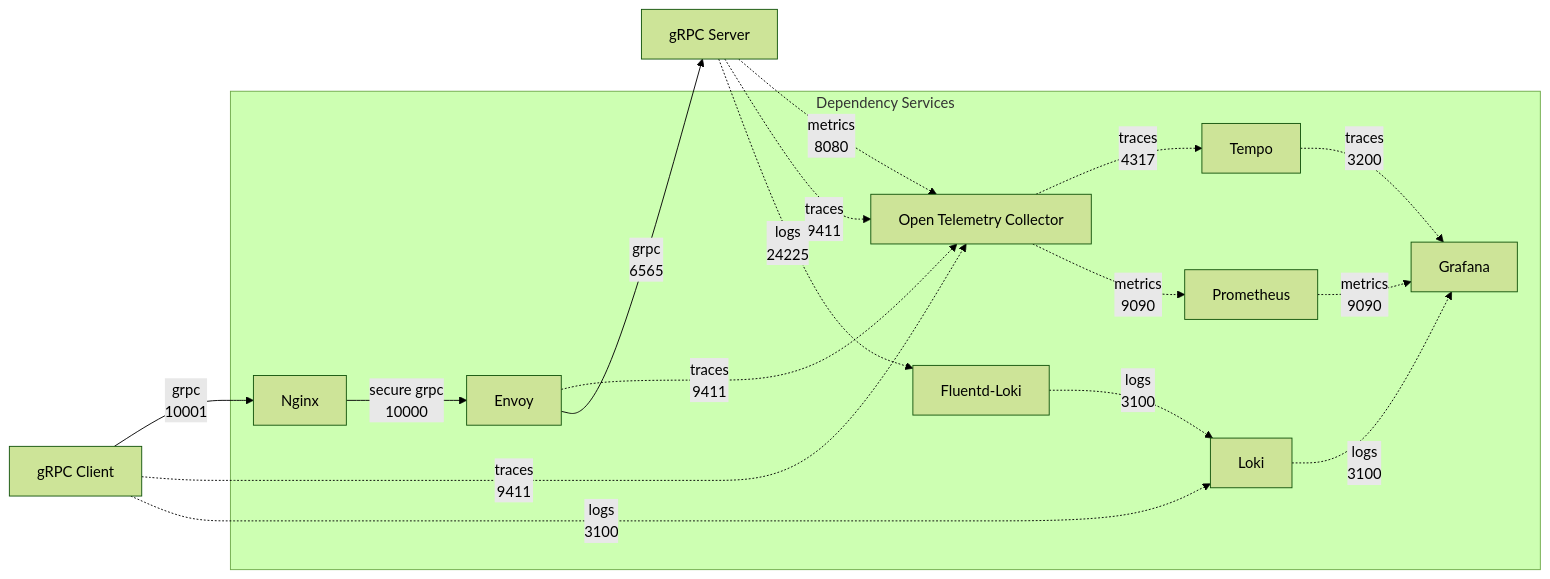
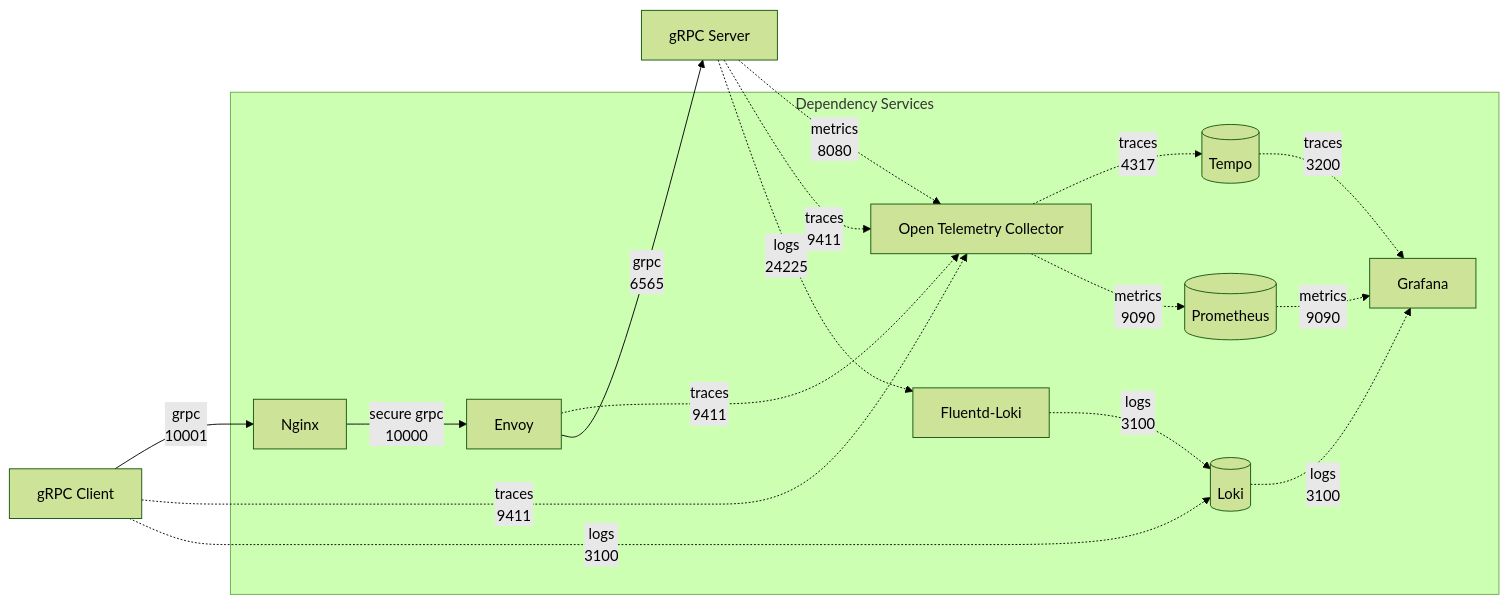
One commit to AccelByte/grpc-plugin-dependencies changed the diagram in README.md. Above: the diagram before and after it, drawn with Mermaid (forest theme). The commit also changed 1 other file, not shown here.

Commit message:
docs(overview): add diagram

````diff
--- a/README.md
+++ b/README.md
@@ -5,30 +5,30 @@
 ```mermaid
 flowchart LR
     CL[gRPC Client]
     SV[gRPC Server]
 	EN[Envoy]
     NX[Nginx]
 	OT[Open Telemetry Collector]
-    TM[Tempo]
-    LK[Loki]
-    PM[Prometheus]
+    TM[(Tempo)]
+    LK[(Loki)]
+    PM[(Prometheus)]
     GF[Grafana]	
     FL[Fluentd-Loki]
 	subgraph Dependency Services
         NX -->|secure grpc\n10000| EN
         EN -.->|traces\n9411| OT
         OT -.->|traces\n4317| TM
         OT -.->|metrics\n9090| PM
         FL -.->|logs\n3100| LK
         TM -.->|traces\n3200| GF
         PM -.->|metrics\n9090| GF
         LK -.->|logs\n3100| GF
     end
     CL -->|grpc\n10001| NX
     CL -.->|traces\n9411| OT
     CL -.->|logs\n3100| LK
     EN -->|grpc\n6565| SV
     SV -.->|metrics\n8080| OT
     SV -.->|traces\n9411| OT
     SV -.->|logs\n24225| FL
 ```
````
